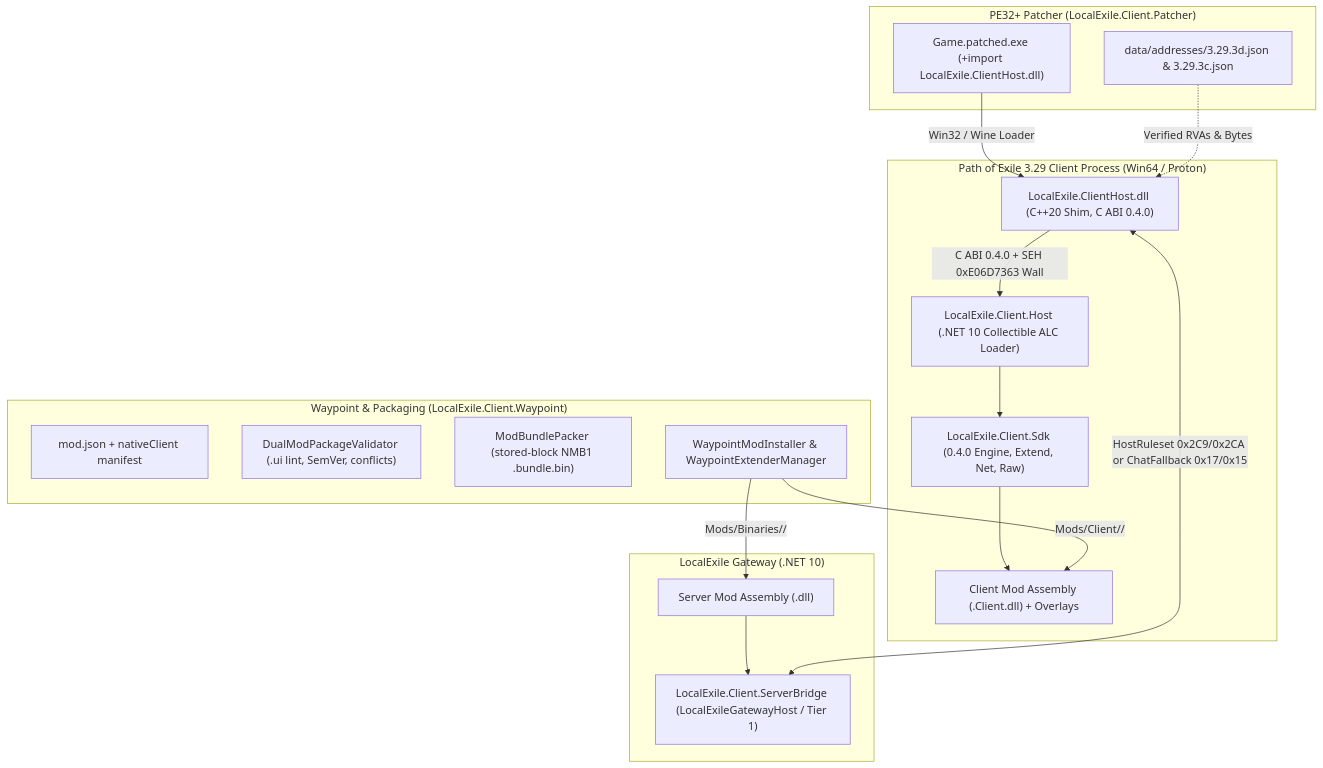
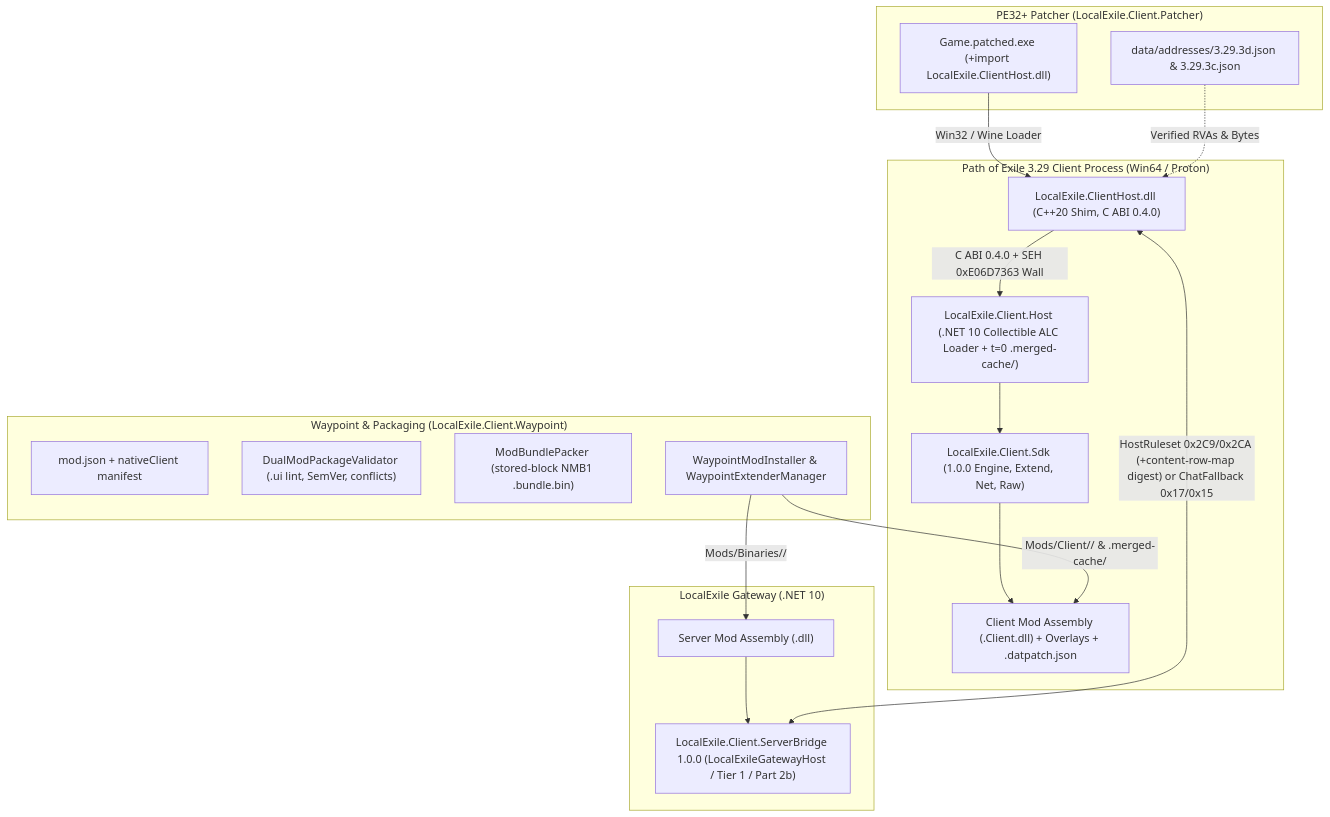
One commit to mrnamwen/LocalExile-NativeMods changed the diagram in docs/README.md. Above: the diagram before and after it, drawn with Mermaid. The commit also changed other lines of this file and 20 other files, not shown here.

````diff
--- a/docs/README.md
+++ b/docs/README.md
@@ -57,36 +57,36 @@
 ```mermaid
 flowchart TB
     subgraph Waypoint["Waypoint & Packaging (LocalExile.Client.Waypoint)"]
         Manifest["mod.json + nativeClient manifest"]
         Validator["DualModPackageValidator (.ui lint, SemVer, conflicts)"]
         Packer["ModBundlePacker (stored-block NMB1 .bundle.bin)"]
         Installer["WaypointModInstaller & WaypointExtenderManager"]
     end
 
     subgraph Patcher["PE32+ Patcher (LocalExile.Client.Patcher)"]
         PE["Game.patched.exe (+import LocalExile.ClientHost.dll)"]
         AddrDB["data/addresses/3.29.3d.json & 3.29.3c.json"]
     end
 
     subgraph Client["Path of Exile 3.29 Client Process (Win64 / Proton)"]
         Shim["LocalExile.ClientHost.dll (C++20 Shim, C ABI 0.4.0)"]
-        Host["LocalExile.Client.Host (.NET 10 Collectible ALC Loader)"]
-        SDK["LocalExile.Client.Sdk (0.4.0 Engine, Extend, Net, Raw)"]
-        ClientMod["Client Mod Assembly (<id>.Client.dll) + Overlays"]
+        Host["LocalExile.Client.Host (.NET 10 Collectible ALC Loader + t=0 .merged-cache/)"]
+        SDK["LocalExile.Client.Sdk (1.0.0 Engine, Extend, Net, Raw)"]
+        ClientMod["Client Mod Assembly (<id>.Client.dll) + Overlays + .datpatch.json"]
         Shim -->|"C ABI 0.4.0 + SEH 0xE06D7363 Wall"| Host
         Host --> SDK
         SDK --> ClientMod
     end
 
     subgraph Server["LocalExile Gateway (.NET 10)"]
-        Bridge["LocalExile.Client.ServerBridge (LocalExileGatewayHost / Tier 1)"]
+        Bridge["LocalExile.Client.ServerBridge 1.0.0 (LocalExileGatewayHost / Tier 1 / Part 2b)"]
         ServerMod["Server Mod Assembly (<id>.dll)"]
         ServerMod --> Bridge
     end
 
-    Installer -->|"Mods/Client/<id>/"| ClientMod
+    Installer -->|"Mods/Client/<id>/ & .merged-cache/"| ClientMod
     Installer -->|"Mods/Binaries/<id>/"| ServerMod
     PE -->|"Win32 / Wine Loader"| Shim
     AddrDB -.->|"Verified RVAs & Bytes"| Shim
-    Shim <-->|"HostRuleset 0x2C9/0x2CA or ChatFallback 0x17/0x15"| Bridge
+    Shim <-->|"HostRuleset 0x2C9/0x2CA (+content-row-map digest) or ChatFallback 0x17/0x15"| Bridge
 ```
````
